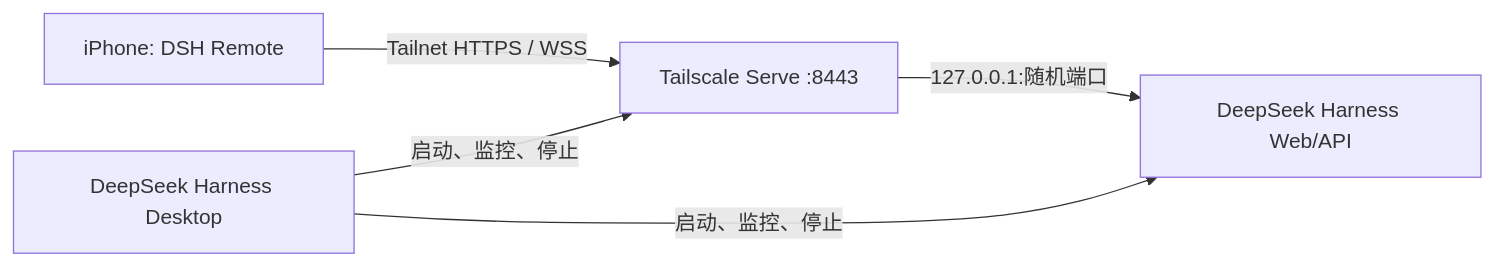
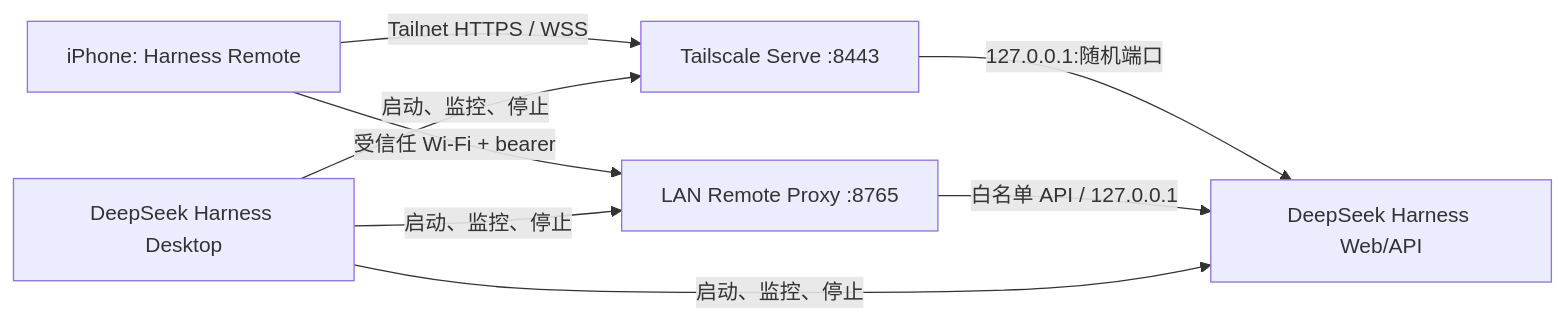
Before and after one commit to chokwinlee/deepseek-harness-desktop: the diagram in docs/IOS_REMOTE_PLAN.zh-CN.md, drawn with Mermaid. The commit also changed other lines of this file and 30 other files, not shown here.

Commit message:
feat: ship native iOS remote with secure LAN pairing

````diff
--- a/docs/IOS_REMOTE_PLAN.zh-CN.md
+++ b/docs/IOS_REMOTE_PLAN.zh-CN.md
@@ -7,7 +7,10 @@
 ```mermaid
 flowchart LR
-    A["iPhone: DSH Remote"] -->|"Tailnet HTTPS / WSS"| B["Tailscale Serve :8443"]
+    A["iPhone: Harness Remote"] -->|"Tailnet HTTPS / WSS"| B["Tailscale Serve :8443"]
     B -->|"127.0.0.1:随机端口"| C["DeepSeek Harness Web/API"]
+    A -->|"受信任 Wi-Fi + bearer"| E["LAN Remote Proxy :8765"]
+    E -->|"白名单 API / 127.0.0.1"| C
     D["DeepSeek Harness Desktop"] -->|"启动、监控、停止"| C
     D -->|"启动、监控、停止"| B
+    D -->|"启动、监控、停止"| E
 ```
````
